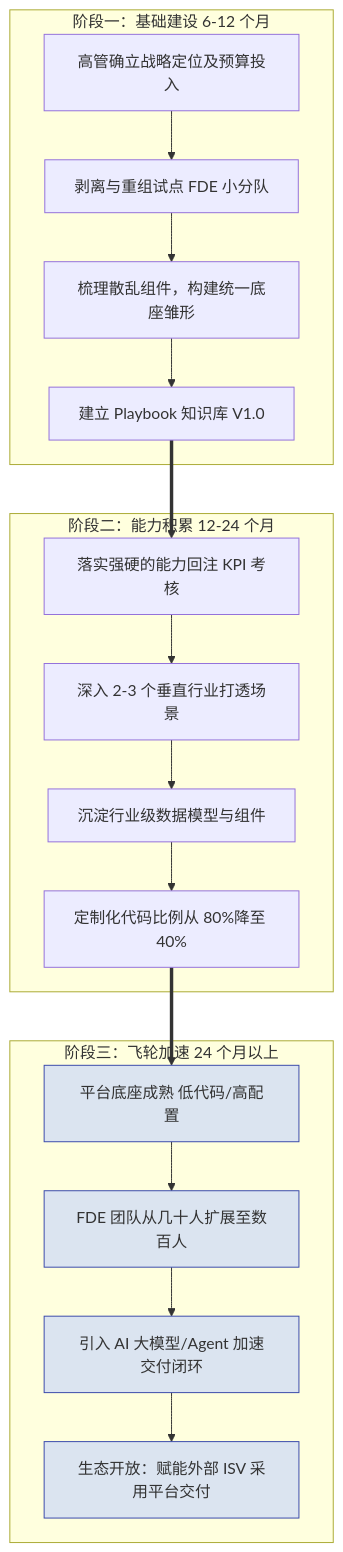
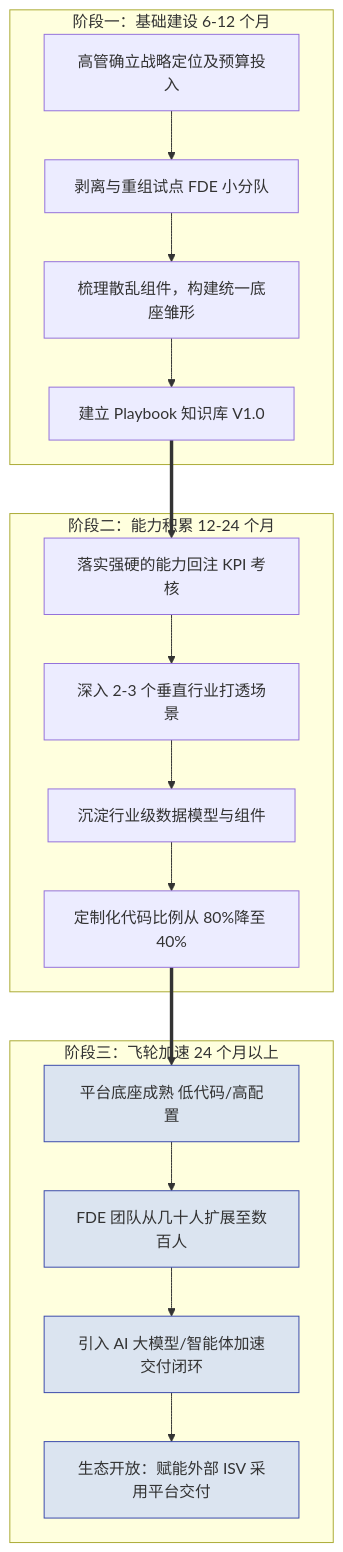
One commit to cloudzun/fde-course changed the diagram in textbook/第16章_中国区FDE转型的六大挑战与应对.md. Above: the diagram before and after it, drawn with Mermaid. The commit also changed other lines of this file and 21 other files, not shown here.

````diff
--- a/textbook/第16章_中国区FDE转型的六大挑战与应对.md
+++ b/textbook/第16章_中国区FDE转型的六大挑战与应对.md
@@ -207,32 +207,32 @@
 ```mermaid
 graph TD
     subgraph p1["阶段一：基础建设 6-12 个月"]
         A1["高管确立战略定位及预算投入"]
         A2["剥离与重组试点 FDE 小分队"]
         A3["梳理散乱组件，构建统一底座雏形"]
         A4["建立 Playbook 知识库 V1.0"]
     end
 
     subgraph p2["阶段二：能力积累 12-24 个月"]
         B1["落实强硬的能力回注 KPI 考核"]
         B2["深入 2-3 个垂直行业打透场景"]
         B3["沉淀行业级数据模型与组件"]
         B4["定制化代码比例从 80%降至 40%"]
     end
 
     subgraph p3["阶段三：飞轮加速 24 个月以上"]
         C1["平台底座成熟 低代码/高配置"]
         C2["FDE 团队从几十人扩展至数百人"]
-        C3["引入 AI 大模型/Agent 加速交付闭环"]
+        C3["引入 AI 大模型/智能体加速交付闭环"]
         C4["生态开放：赋能外部 ISV 采用平台交付"]
     end
 
     A1 --> A2 --> A3 --> A4
     A4 ==> B1
     B1 --> B2 --> B3 --> B4
     B4 ==> C1
     C1 --> C2 --> C3 --> C4
 
     classDef s3 fill:#dbe4f0,stroke:#3949ab;
     class C1,C2,C3,C4 s3;
 ```
````
